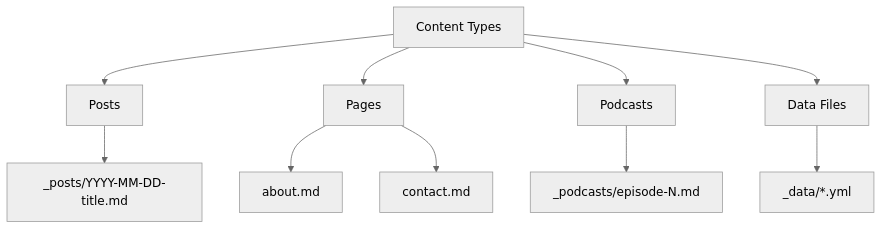
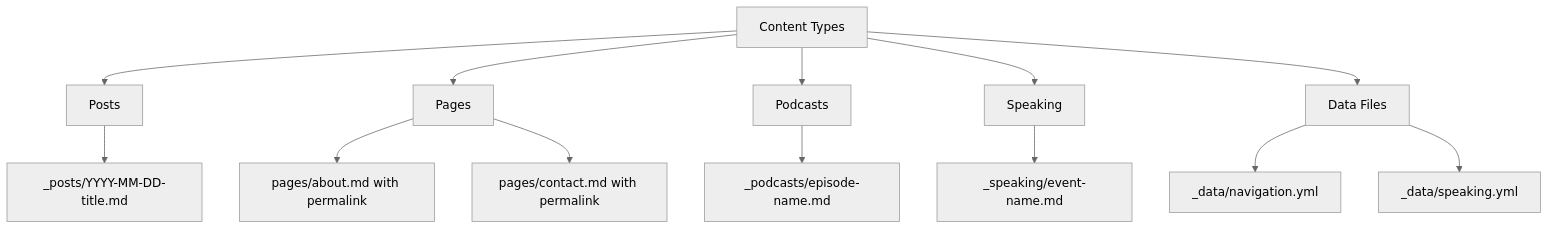
One commit to ScopeCreep-zip/website changed the second of 2 diagrams in docs/maintenance/content-updates.md. Above: the diagram before and after it, drawn with Mermaid (neutral theme). The commit also changed other lines of this file and 34 other files, not shown here.

````diff
--- a/docs/maintenance/content-updates.md
+++ b/docs/maintenance/content-updates.md
@@ -209,13 +196,16 @@
 ```mermaid
 graph TD
     A[Content Types] --> B[Posts]
     A --> C[Pages]
     A --> D[Podcasts]
-    A --> E[Data Files]
-    
+    A --> E[Speaking]
+    A --> F[Data Files]
+
     B --> B1[_posts/YYYY-MM-DD-title.md]
-    C --> C1[about.md]
-    C --> C2[contact.md]
-    D --> D1[_podcasts/episode-N.md]
-    E --> E1[_data/*.yml]
+    C --> C1[pages/about.md with permalink]
+    C --> C2[pages/contact.md with permalink]
+    D --> D1[_podcasts/episode-name.md]
+    E --> E1[_speaking/event-name.md]
+    F --> F1[_data/navigation.yml]
+    F --> F2[_data/speaking.yml]
 ```
````
